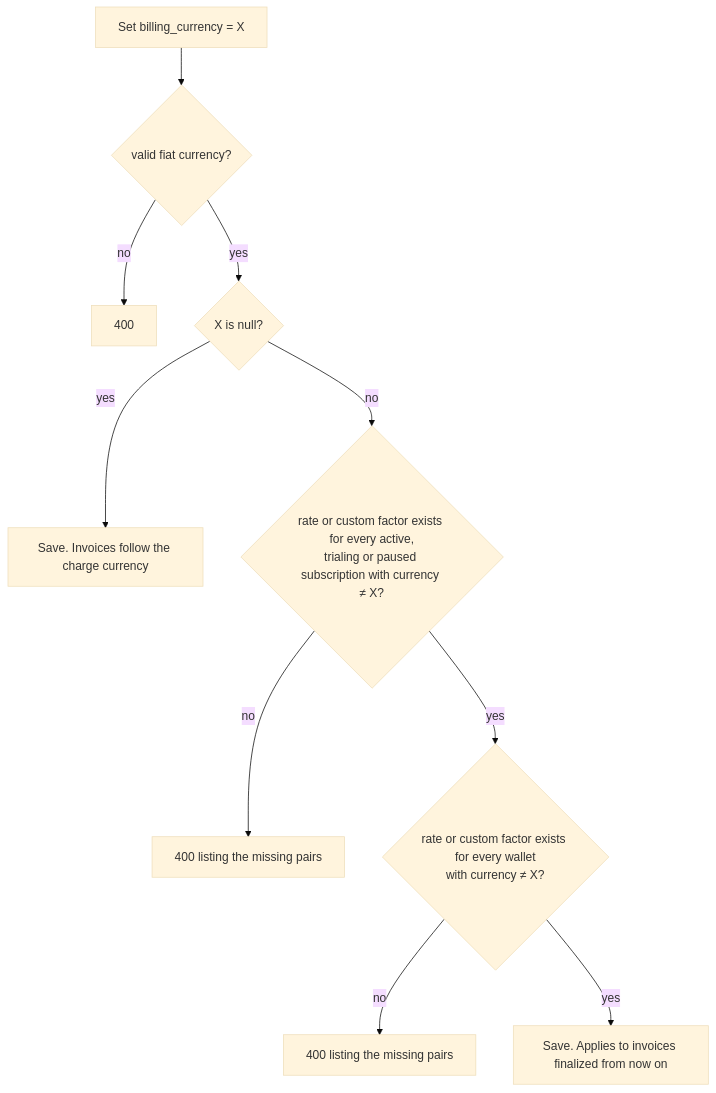
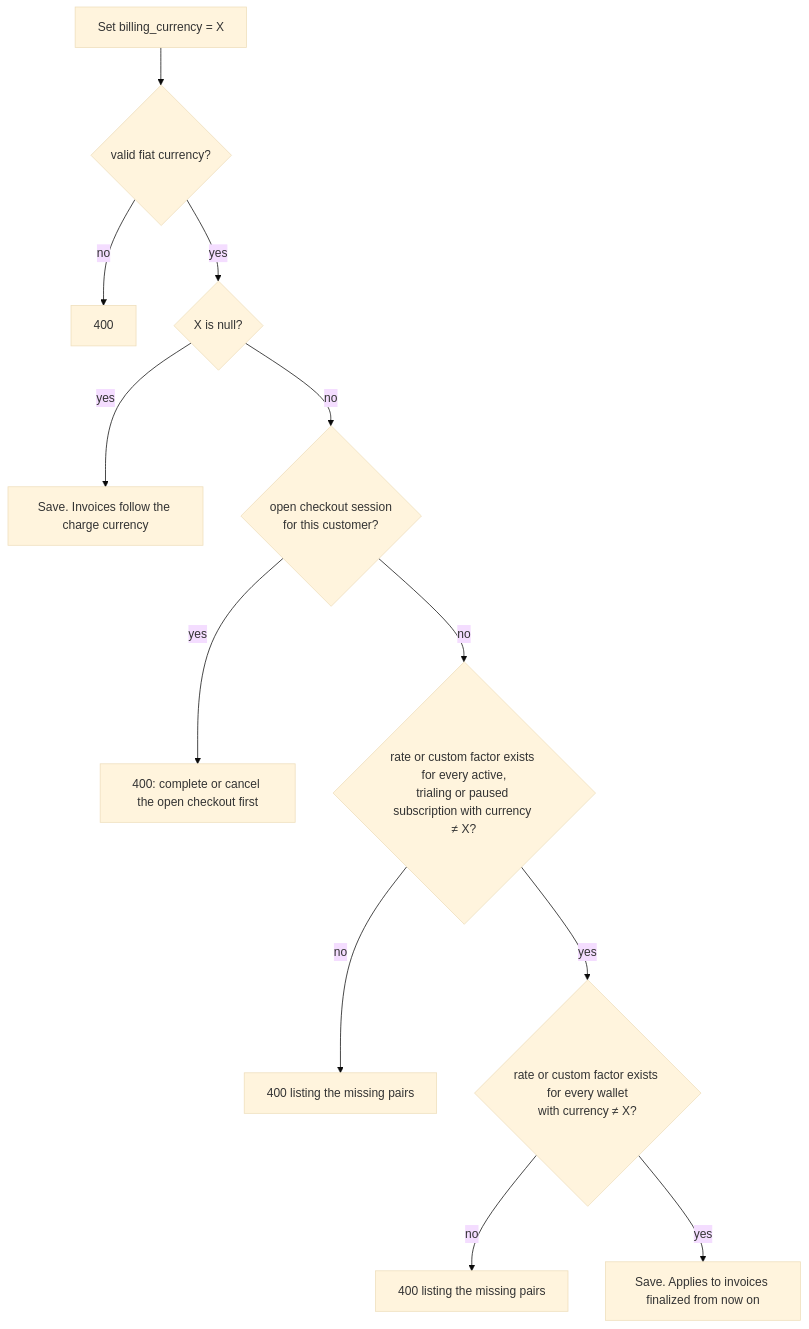
Before and after one commit to aghijap/flexprice-FLE-1411: the sixth of 7 diagrams in docs/design/2026-09-26-FLE-1383-adaptive-multi-currency-erd.md, drawn with Mermaid (base theme). The commit also changed other lines of this file, not shown here.

First line of the commit message:
docs(FLE-1383): checkout payment ordering, open-session guard, rejection failure modes

````diff
--- a/docs/design/2026-09-26-FLE-1383-adaptive-multi-currency-erd.md
+++ b/docs/design/2026-09-26-FLE-1383-adaptive-multi-currency-erd.md
@@ -552,12 +560,14 @@
 ```mermaid
 flowchart TD
     A["Set billing_currency = X"] --> V{"valid fiat currency?"}
     V -- no --> R1["400"]
     V -- yes --> N{"X is null?"}
     N -- yes --> OK["Save. Invoices follow the charge currency"]
-    N -- no --> S{"rate or custom factor exists for every active,<br/>trialing or paused subscription with currency ≠ X?"}
+    N -- no --> OC{"open checkout session<br/>for this customer?"}
+    OC -- yes --> R0["400: complete or cancel the open checkout first"]
+    OC -- no --> S{"rate or custom factor exists for every active,<br/>trialing or paused subscription with currency ≠ X?"}
     S -- no --> R2["400 listing the missing pairs"]
     S -- yes --> W{"rate or custom factor exists for every wallet<br/>with currency ≠ X?"}
     W -- no --> R3["400 listing the missing pairs"]
     W -- yes --> SAVE["Save. Applies to invoices finalized from now on"]
 ```
````
